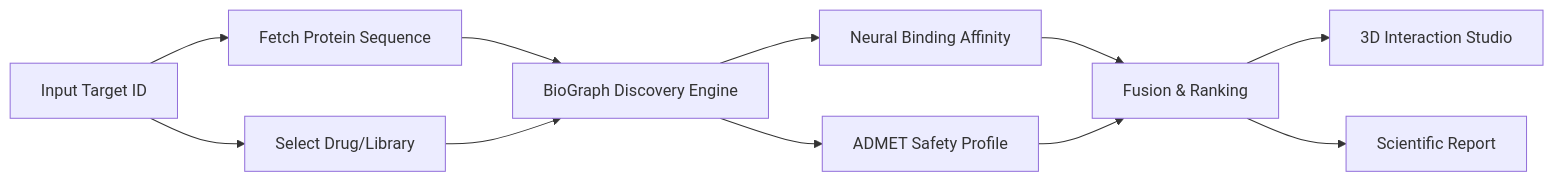
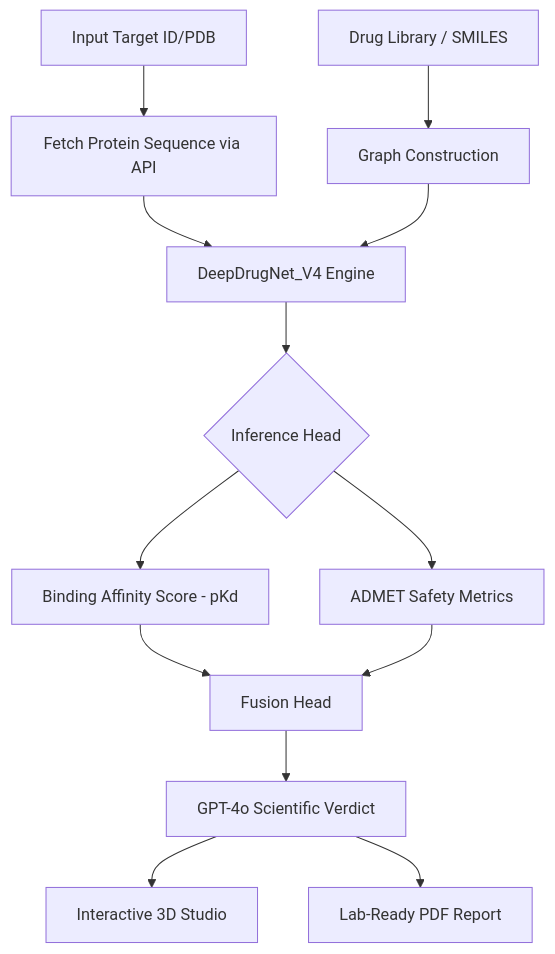
One commit to BioGraphAi/BioGraph_Enterprise changed the diagram in README.md. Above: the diagram before and after it, drawn with Mermaid. The commit also changed other lines of this file and 22 other files, not shown here.

````diff
--- a/README.md
+++ b/README.md
@@ -30,13 +29,15 @@
 ```mermaid
-graph LR
-    A[Input Target ID] --> B[Fetch Protein Sequence]
-    A --> C[Select Drug/Library]
-    B --> D[BioGraph Discovery Engine]
-    C --> D
-    D --> E[Neural Binding Affinity]
-    D --> F[ADMET Safety Profile]
-    E --> G[Fusion & Ranking]
-    F --> G
-    G --> H[3D Interaction Studio]
-    G --> I[Scientific Report]
+graph TD
+    A[Input Target ID/PDB] --> B[Fetch Protein Sequence via API]
+    C[Drug Library / SMILES] --> D[Graph Construction]
+    B --> E[DeepDrugNet_V4 Engine]
+    D --> E
+    E --> F{Inference Head}
+    F --> G[Binding Affinity Score - pKd]
+    F --> H[ADMET Safety Metrics]
+    G --> I[Fusion Head]
+    H --> I
+    I --> J[GPT-4o Scientific Verdict]
+    J --> K[Interactive 3D Studio]
+    J --> L[Lab-Ready PDF Report]
 ```
````
